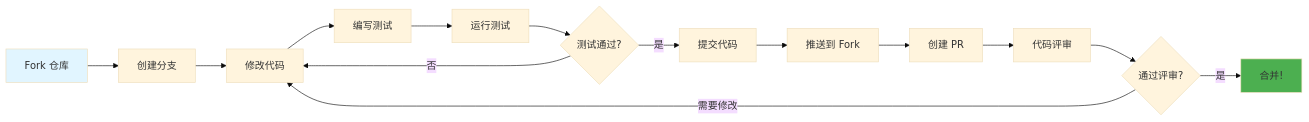
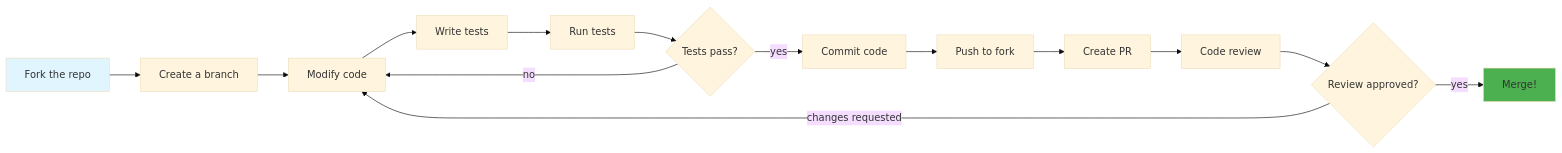
One commit to Kirky-X/NebulaId changed the diagram in docs/en/CONTRIBUTING.md. Above: the diagram before and after it, drawn with Mermaid (base theme). The commit also changed other lines of this file and 15 other files, not shown here.

````diff
--- a/docs/en/CONTRIBUTING.md
+++ b/docs/en/CONTRIBUTING.md
@@ -212,19 +212,19 @@
 ```mermaid
 graph LR
-    A[Fork 仓库] --> B[创建分支]
-    B --> C[修改代码]
-    C --> D[编写测试]
-    D --> E[运行测试]
-    E --> F{测试通过?}
-    F -->|否| C
-    F -->|是| G[提交代码]
-    G --> H[推送到 Fork]
-    H --> I[创建 PR]
-    I --> J[代码评审]
-    J --> K{通过评审?}
-    K -->|需要修改| C
-    K -->|是| L[合并!]
+    A[Fork the repo] --> B[Create a branch]
+    B --> C[Modify code]
+    C --> D[Write tests]
+    D --> E[Run tests]
+    E --> F{Tests pass?}
+    F -->|no| C
+    F -->|yes| G[Commit code]
+    G --> H[Push to fork]
+    H --> I[Create PR]
+    I --> J[Code review]
+    J --> K{Review approved?}
+    K -->|changes requested| C
+    K -->|yes| L[Merge!]
     
     style A fill:#e1f5ff
     style L fill:#4caf50
 ```
````
